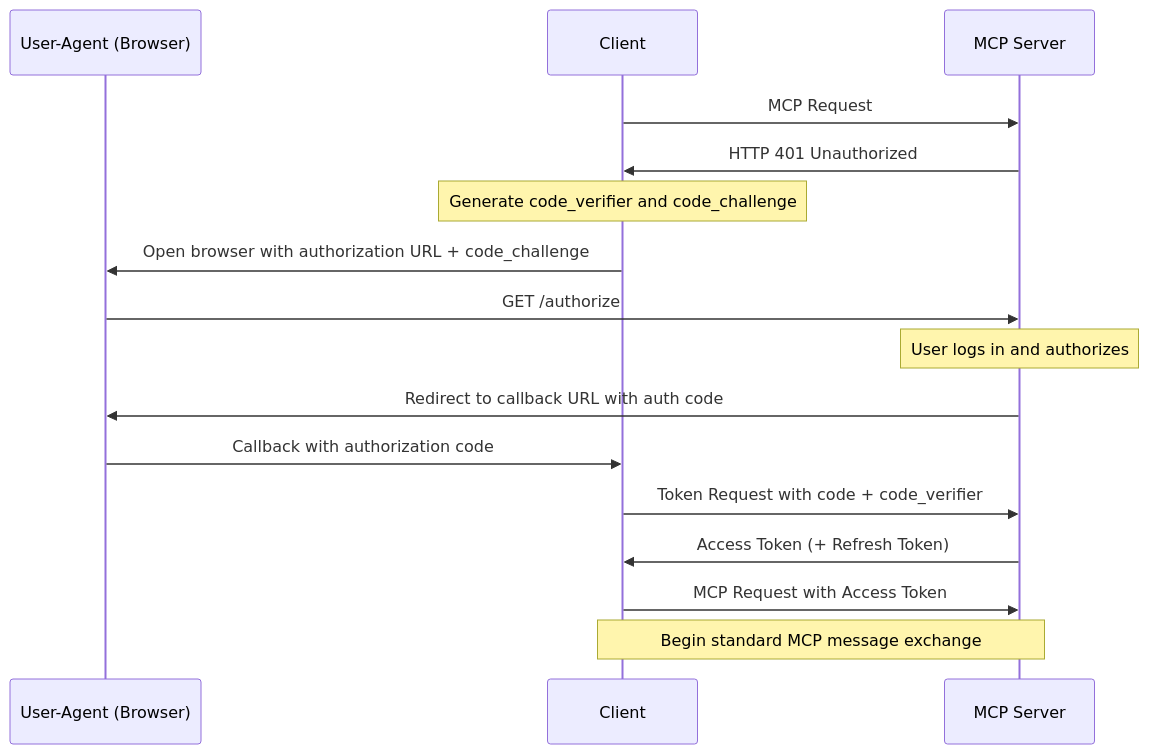
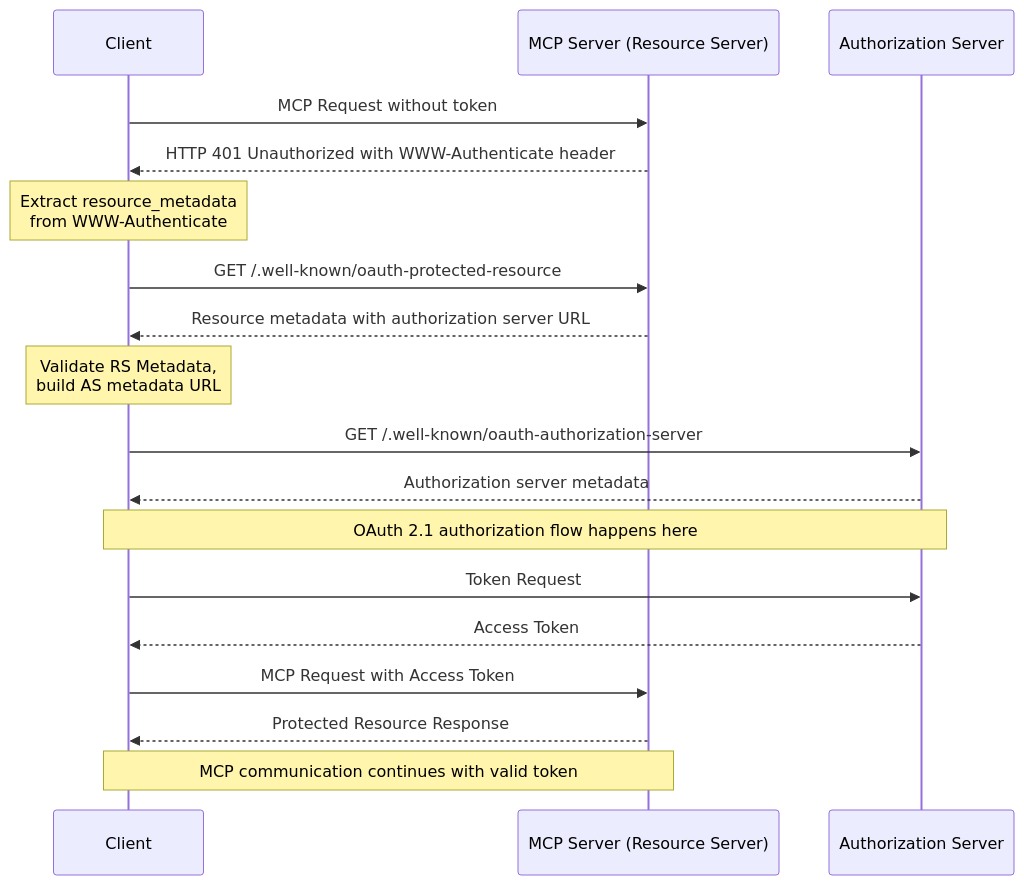
The first of 2 diagrams in docs/specification/draft/basic/authorization.mdx (zcstarr/modelcontextprotocol), drawn with Mermaid before and after one commit. The commit also changed other lines of this file, not shown here.

Commit message:
authorization: separate AS/RS

````diff
--- a/docs/specification/draft/basic/authorization.mdx
+++ b/docs/specification/draft/basic/authorization.mdx
@@ -87,19 +118,26 @@
 ```mermaid
 sequenceDiagram
-    participant B as User-Agent (Browser)
     participant C as Client
-    participant M as MCP Server
+    participant M as MCP Server (Resource Server)
+    participant A as Authorization Server
 
-    C->>M: MCP Request
-    M->>C: HTTP 401 Unauthorized
-    Note over C: Generate code_verifier and code_challenge
-    C->>B: Open browser with authorization URL + code_challenge
-    B->>M: GET /authorize
-    Note over M: User logs in and authorizes
-    M->>B: Redirect to callback URL with auth code
-    B->>C: Callback with authorization code
-    C->>M: Token Request with code + code_verifier
-    M->>C: Access Token (+ Refresh Token)
+    C->>M: MCP Request without token
+    M-->>C: HTTP 401 Unauthorized with WWW-Authenticate header
+    Note over C: Extract resource_metadata<br />from WWW-Authenticate
+
+    C->>M: GET /.well-known/oauth-protected-resource
+    M-->>C: Resource metadata with authorization server URL
+    Note over C: Validate RS Metadata,<br />build AS metadata URL
+
+    C->>A: GET /.well-known/oauth-authorization-server
+    A-->>C: Authorization server metadata
+
+    Note over C,A: OAuth 2.1 authorization flow happens here
+
+    C->>A: Token Request
+    A-->>C: Access Token
+
     C->>M: MCP Request with Access Token
-    Note over C,M: Begin standard MCP message exchange
+    M-->>C: Protected Resource Response
+    Note over C,M: MCP communication continues with valid token
 ```
````
